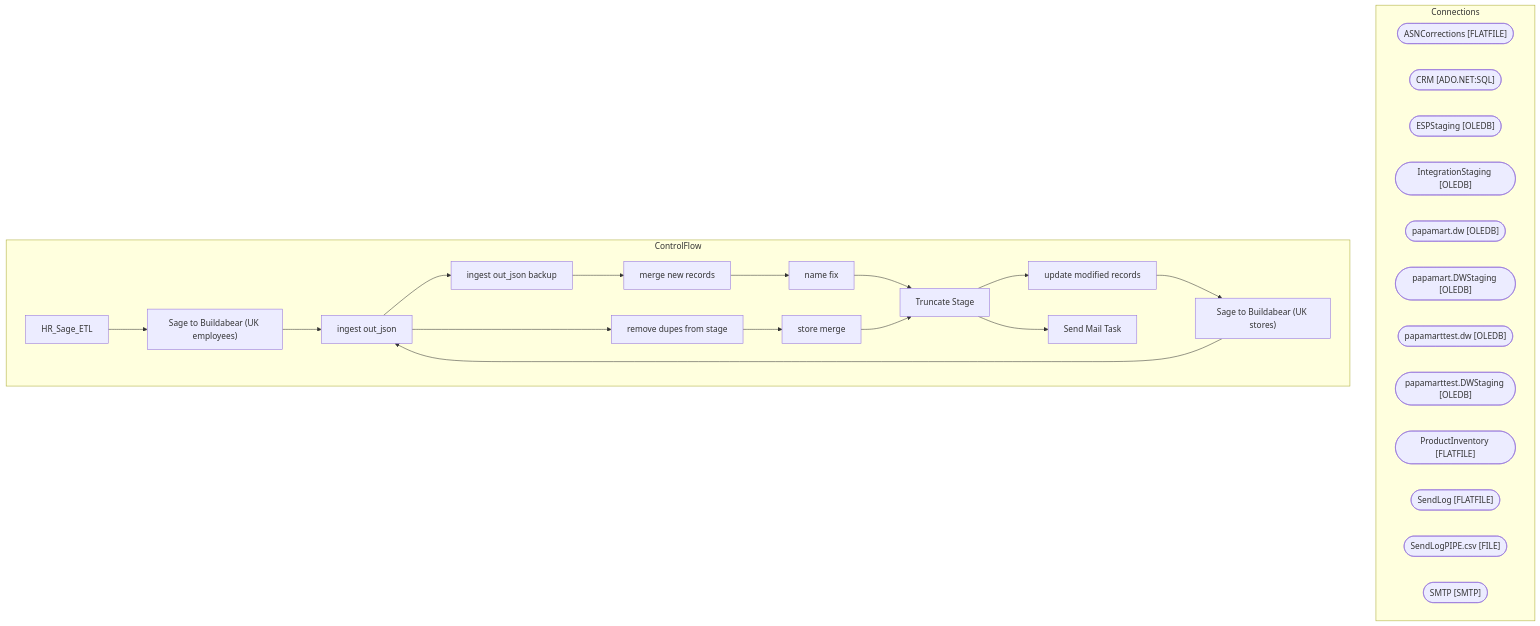
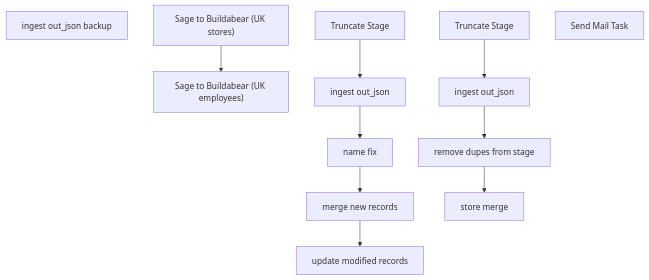
The diagram in bab-docs-explorer/Documentation/STL-SSIS-P-01/SSIS/HR/HR_Sage_ETL.HR_Sage_ETL.md (juanandresbrain/BABSkills), drawn with Mermaid before and after one commit. The commit also changed other lines of this file and 273 other files, not shown here.

````diff
--- a/bab-docs-explorer/Documentation/STL-SSIS-P-01/SSIS/HR/HR_Sage_ETL.HR_Sage_ETL.md
+++ b/bab-docs-explorer/Documentation/STL-SSIS-P-01/SSIS/HR/HR_Sage_ETL.HR_Sage_ETL.md
@@ -9,46 +63,24 @@
 ```mermaid
 flowchart TD
-    subgraph Connections
-        ASNCorrections_conn(["ASNCorrections [FLATFILE]"])
-        CRM_conn(["CRM [ADO.NET:SQL]"])
-        ESPStaging_conn(["ESPStaging [OLEDB]"])
-        IntegrationStaging_conn(["IntegrationStaging [OLEDB]"])
-        papamart_dw_conn(["papamart.dw [OLEDB]"])
-        papamart_DWStaging_conn(["papamart.DWStaging [OLEDB]"])
-        papamarttest_dw_conn(["papamarttest.dw [OLEDB]"])
-        papamarttest_DWStaging_conn(["papamarttest.DWStaging [OLEDB]"])
-        ProductInventory_conn(["ProductInventory [FLATFILE]"])
-        SendLog_conn(["SendLog [FLATFILE]"])
-        SendLogPIPE_csv_conn(["SendLogPIPE.csv [FILE]"])
-        SMTP_conn(["SMTP [SMTP]"])
-    end
-    subgraph ControlFlow
-        HR_Sage_ETL_task["HR_Sage_ETL"]
-        Sage_to_Buildabear__UK_employees__task["Sage to Buildabear (UK employees)"]
-        HR_Sage_ETL_task --> Sage_to_Buildabear__UK_employees__task
-        ingest_out_json_task["ingest out_json"]
-        Sage_to_Buildabear__UK_employees__task --> ingest_out_json_task
-        ingest_out_json_backup_task["ingest out_json backup"]
-        ingest_out_json_task --> ingest_out_json_backup_task
-        merge_new_records_task["merge new records"]
-        ingest_out_json_backup_task --> merge_new_records_task
-        name_fix_task["name fix"]
-        merge_new_records_task --> name_fix_task
-        Truncate_Stage_task["Truncate Stage"]
-        name_fix_task --> Truncate_Stage_task
-        update_modified_records_task["update modified records"]
-        Truncate_Stage_task --> update_modified_records_task
-        Sage_to_Buildabear__UK_stores__task["Sage to Buildabear (UK stores)"]
-        update_modified_records_task --> Sage_to_Buildabear__UK_stores__task
-        ingest_out_json_task["ingest out_json"]
-        Sage_to_Buildabear__UK_stores__task --> ingest_out_json_task
-        remove_dupes_from_stage_task["remove dupes from stage"]
-        ingest_out_json_task --> remove_dupes_from_stage_task
-        store_merge_task["store merge"]
-        remove_dupes_from_stage_task --> store_merge_task
-        Truncate_Stage_task["Truncate Stage"]
-        store_merge_task --> Truncate_Stage_task
-        Send_Mail_Task_task["Send Mail Task"]
-        Truncate_Stage_task --> Send_Mail_Task_task
-    end
+    n_Package_Sage_to_Buildabear__UK_employees_["Sage to Buildabear (UK employees)"]
+    n_Package_Sage_to_Buildabear__UK_employees__ingest_out_json["ingest out_json"]
+    n_Package_Sage_to_Buildabear__UK_employees__ingest_out_json_backup["ingest out_json backup"]
+    n_Package_Sage_to_Buildabear__UK_employees__merge_new_records["merge new records"]
+    n_Package_Sage_to_Buildabear__UK_employees__name_fix["name fix"]
+    n_Package_Sage_to_Buildabear__UK_employees__Truncate_Stage["Truncate Stage"]
+    n_Package_Sage_to_Buildabear__UK_employees__update_modified_records["update modified records"]
+    n_Package_Sage_to_Buildabear__UK_stores_["Sage to Buildabear (UK stores)"]
+    n_Package_Sage_to_Buildabear__UK_stores__ingest_out_json["ingest out_json"]
+    n_Package_Sage_to_Buildabear__UK_stores__remove_dupes_from_stage["remove dupes from stage"]
+    n_Package_Sage_to_Buildabear__UK_stores__store_merge["store merge"]
+    n_Package_Sage_to_Buildabear__UK_stores__Truncate_Stage["Truncate Stage"]
+    n_Package_EventHandlers_OnError__Send_Mail_Task["Send Mail Task"]
+    n_Package_Sage_to_Buildabear__UK_employees__Truncate_Stage --> n_Package_Sage_to_Buildabear__UK_employees__ingest_out_json
+    n_Package_Sage_to_Buildabear__UK_employees__ingest_out_json --> n_Package_Sage_to_Buildabear__UK_employees__name_fix
+    n_Package_Sage_to_Buildabear__UK_employees__merge_new_records --> n_Package_Sage_to_Buildabear__UK_employees__update_modified_records
+    n_Package_Sage_to_Buildabear__UK_employees__name_fix --> n_Package_Sage_to_Buildabear__UK_employees__merge_new_records
+    n_Package_Sage_to_Buildabear__UK_stores__Truncate_Stage --> n_Package_Sage_to_Buildabear__UK_stores__ingest_out_json
+    n_Package_Sage_to_Buildabear__UK_stores__ingest_out_json --> n_Package_Sage_to_Buildabear__UK_stores__remove_dupes_from_stage
+    n_Package_Sage_to_Buildabear__UK_stores__remove_dupes_from_stage --> n_Package_Sage_to_Buildabear__UK_stores__store_merge
+    n_Package_Sage_to_Buildabear__UK_stores_ --> n_Package_Sage_to_Buildabear__UK_employees_
 ```
````
